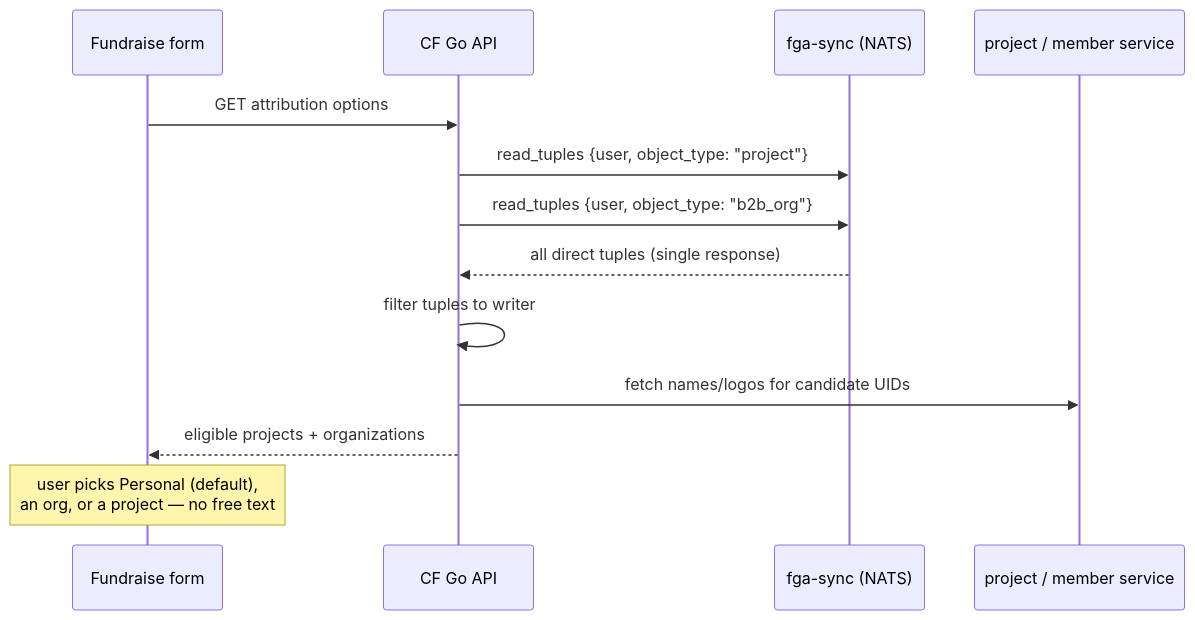
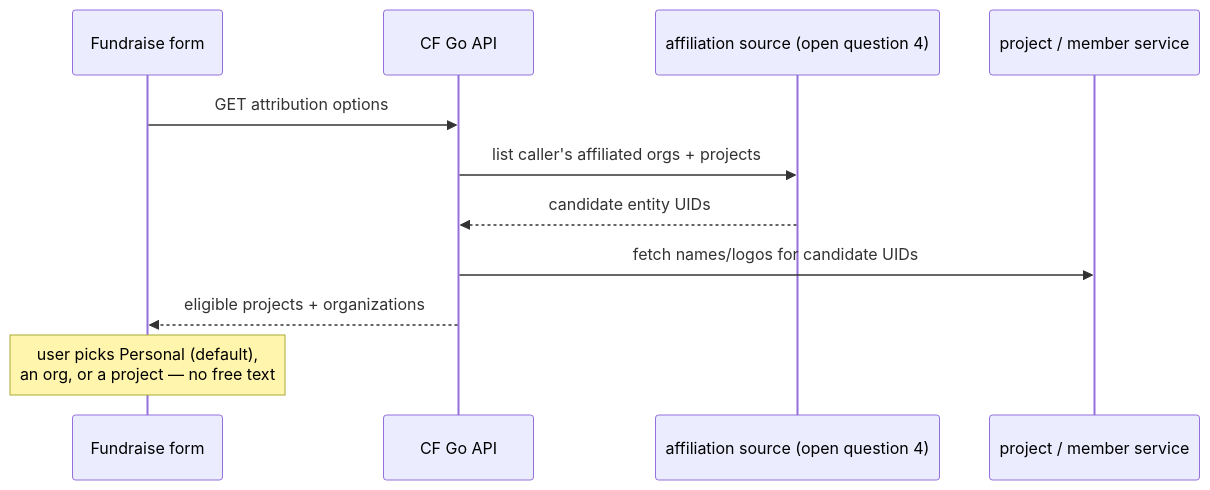
The fourth of 4 diagrams in backend/docs/rewrite/11-initiative-attribution-and-access.md (linuxfoundation/lfx-crowdfunding), drawn with Mermaid before and after one commit. The commit also changed other lines of this file, not shown here.

````diff
--- a/backend/docs/rewrite/11-initiative-attribution-and-access.md
+++ b/backend/docs/rewrite/11-initiative-attribution-and-access.md
@@ -249,16 +247,14 @@
 ```mermaid
 sequenceDiagram
     participant FE as Fundraise form
     participant API as CF Go API
-    participant FS as fga-sync (NATS)
+    participant AF as affiliation source (open question 4)
     participant PS as project / member service
 
     FE->>API: GET attribution options
-    API->>FS: read_tuples {user, object_type: "project"}
-    API->>FS: read_tuples {user, object_type: "b2b_org"}
-    FS-->>API: all direct tuples (single response)
-    API->>API: filter tuples to writer
+    API->>AF: list caller's affiliated orgs + projects
+    AF-->>API: candidate entity UIDs
     API->>PS: fetch names/logos for candidate UIDs
     API-->>FE: eligible projects + organizations
     Note over FE: user picks Personal (default),<br/>an org, or a project — no free text
 ```
````
